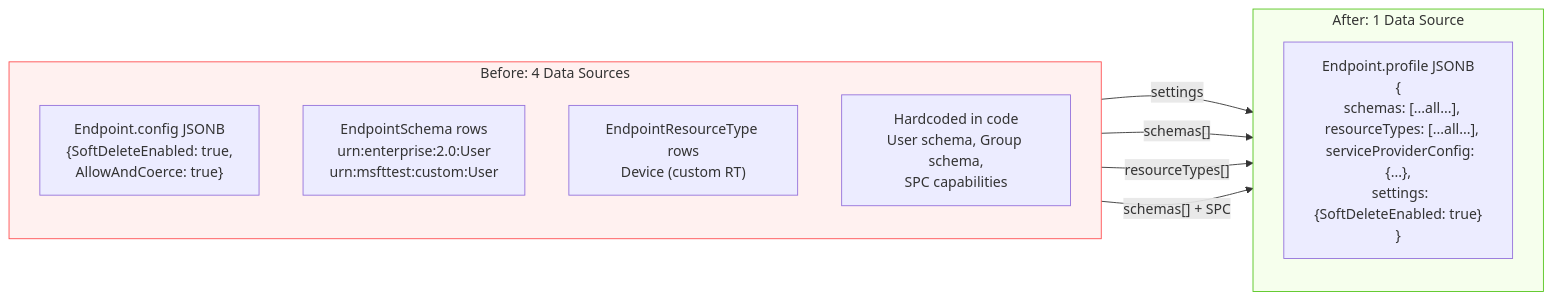
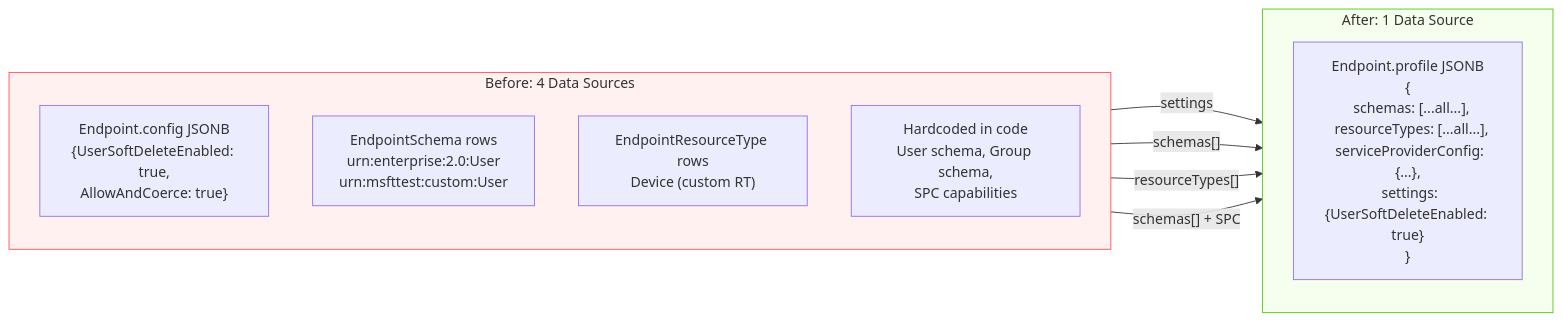
The third of 20 diagrams in docs/SCHEMA_TEMPLATES_DESIGN.md (pranems/SCIMServer), drawn with Mermaid before and after one commit. The commit also changed other lines of this file and 82 other files, not shown here.

First line of the commit message:
feat: remove deletedAt, implement UserSoftDeleteEnabled PATCH gate, update docs

````diff
--- a/docs/SCHEMA_TEMPLATES_DESIGN.md
+++ b/docs/SCHEMA_TEMPLATES_DESIGN.md
@@ -234,23 +234,23 @@
 ```mermaid
 flowchart LR
     subgraph BEFORE["Before: 4 Data Sources"]
         direction TB
-        B1["Endpoint.config JSONB<br/>{SoftDeleteEnabled: true,<br/>AllowAndCoerce: true}"]
+        B1["Endpoint.config JSONB<br/>{UserSoftDeleteEnabled: true,<br/>AllowAndCoerce: true}"]
         B2["EndpointSchema rows<br/>urn:enterprise:2.0:User<br/>urn:msfttest:custom:User"]
         B3["EndpointResourceType rows<br/>Device (custom RT)"]
         B4["Hardcoded in code<br/>User schema, Group schema,<br/>SPC capabilities"]
     end
 
     subgraph AFTER["After: 1 Data Source"]
         direction TB
-        A1["Endpoint.profile JSONB<br/>{<br/>  schemas: [...all...],<br/>  resourceTypes: [...all...],<br/>  serviceProviderConfig: {...},<br/>  settings: {SoftDeleteEnabled: true}<br/>}"]
+        A1["Endpoint.profile JSONB<br/>{<br/>  schemas: [...all...],<br/>  resourceTypes: [...all...],<br/>  serviceProviderConfig: {...},<br/>  settings: {UserSoftDeleteEnabled: true}<br/>}"]
     end
 
     B1 -->|"settings"| A1
     B2 -->|"schemas[]"| A1
     B3 -->|"resourceTypes[]"| A1
     B4 -->|"schemas[] + SPC"| A1
 
     style BEFORE fill:#fff1f0,stroke:#ff4d4f
     style AFTER fill:#f6ffed,stroke:#52c41a
 ```
````
